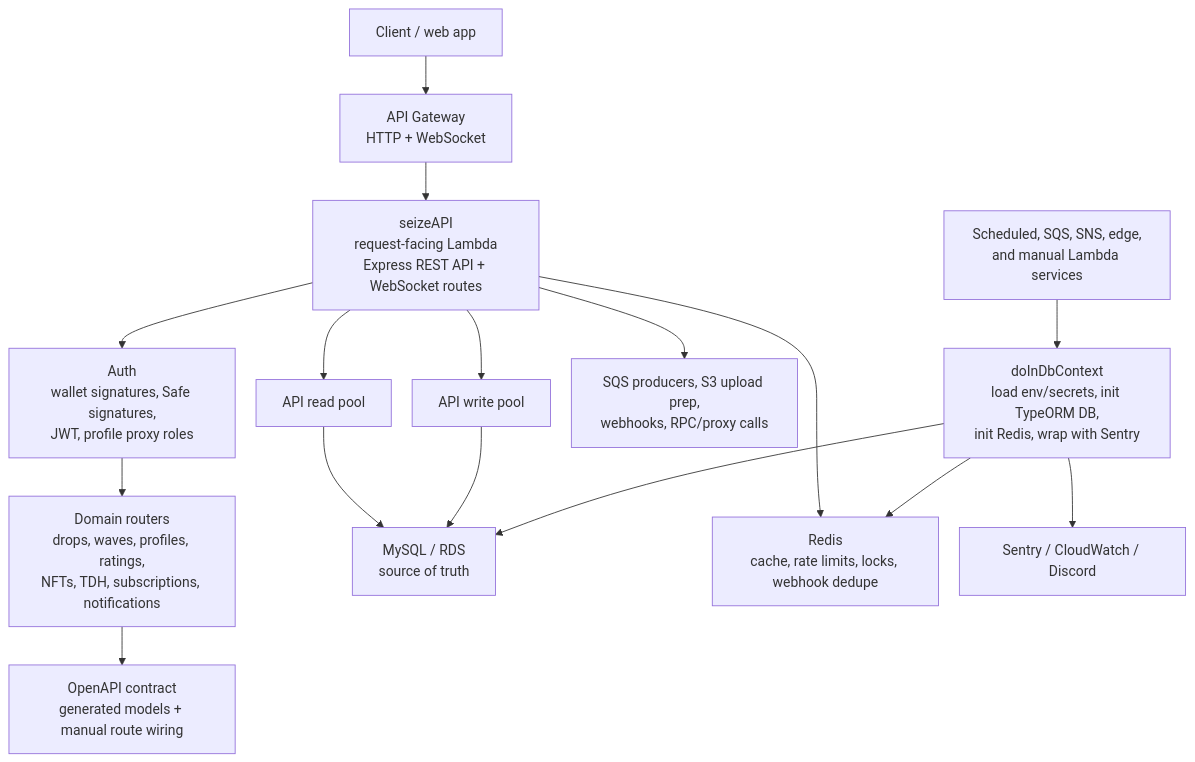
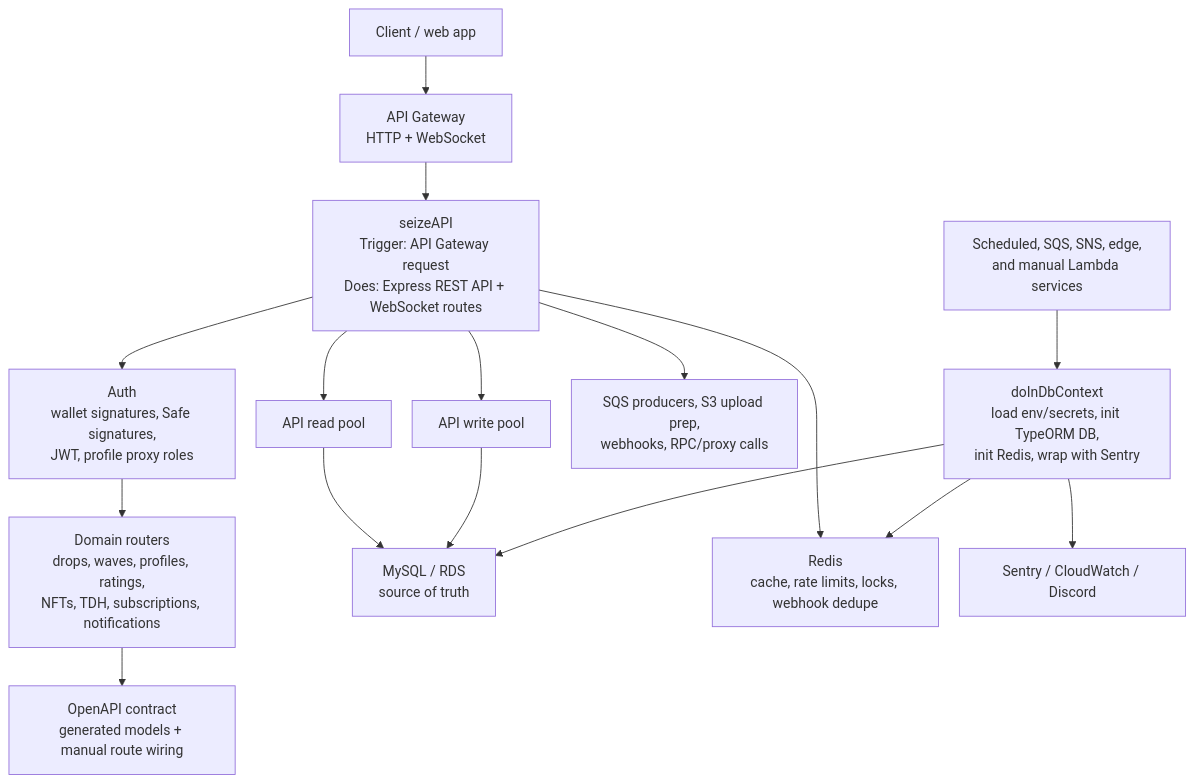
One commit to 6529-Collections/6529seize-backend changed the first of 16 diagrams in docs/architecture.md. Above: the diagram before and after it, drawn with Mermaid. The commit also changed other lines of this file, not shown here.

````diff
--- a/docs/architecture.md
+++ b/docs/architecture.md
@@ -20,21 +20,21 @@
 ```mermaid
 %%{init: {"flowchart": {"nodeSpacing": 24, "rankSpacing": 44, "curve": "basis"}} }%%
 flowchart TD
   Client["Client / web app"] --> APIGW["API Gateway<br/>HTTP + WebSocket"]
-  APIGW --> SeizeAPI["seizeAPI<br/>request-facing Lambda<br/>Express REST API + WebSocket routes"]
+  APIGW --> SeizeAPI["seizeAPI<br/>Trigger: API Gateway request<br/>Does: Express REST API + WebSocket routes"]
   SeizeAPI --> Auth["Auth<br/>wallet signatures, Safe signatures,<br/>JWT, profile proxy roles"]
   Auth --> DomainRoutes["Domain routers<br/>drops, waves, profiles, ratings,<br/>NFTs, TDH, subscriptions, notifications"]
   DomainRoutes --> OpenApi["OpenAPI contract<br/>generated models + manual route wiring"]
 
   SeizeAPI --> ReadPool["API read pool"]
   ReadPool --> MySQL["MySQL / RDS<br/>source of truth"]
   SeizeAPI --> WritePool["API write pool"]
   WritePool --> MySQL
   SeizeAPI --> Redis["Redis<br/>cache, rate limits, locks, webhook dedupe"]
   SeizeAPI --> ApiSideEffects["SQS producers, S3 upload prep,<br/>webhooks, RPC/proxy calls"]
 
   BackgroundServices["Scheduled, SQS, SNS, edge,<br/>and manual Lambda services"] --> LambdaRuntime["doInDbContext<br/>load env/secrets, init TypeORM DB,<br/>init Redis, wrap with Sentry"]
   LambdaRuntime --> MySQL
   LambdaRuntime --> Redis
   LambdaRuntime --> Ops["Sentry / CloudWatch / Discord"]
 ```
````
